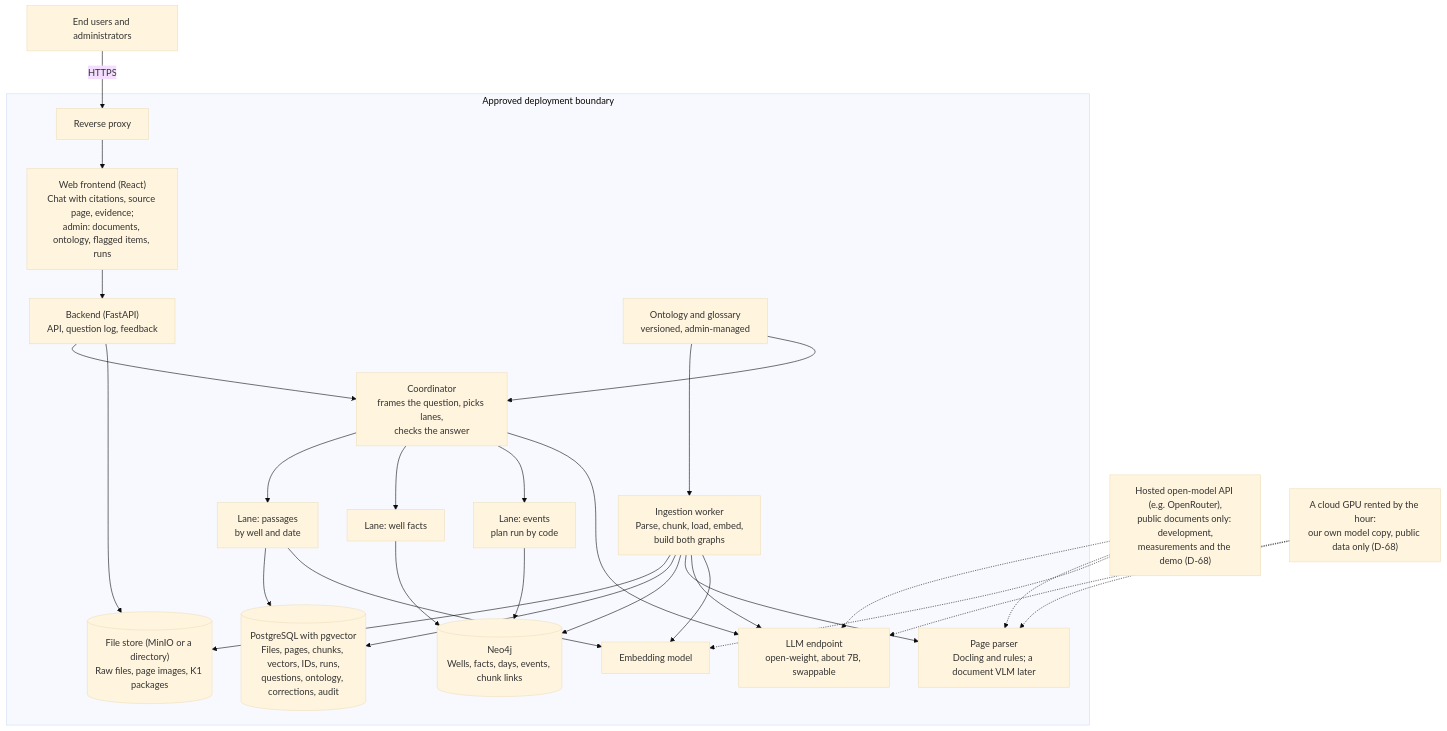
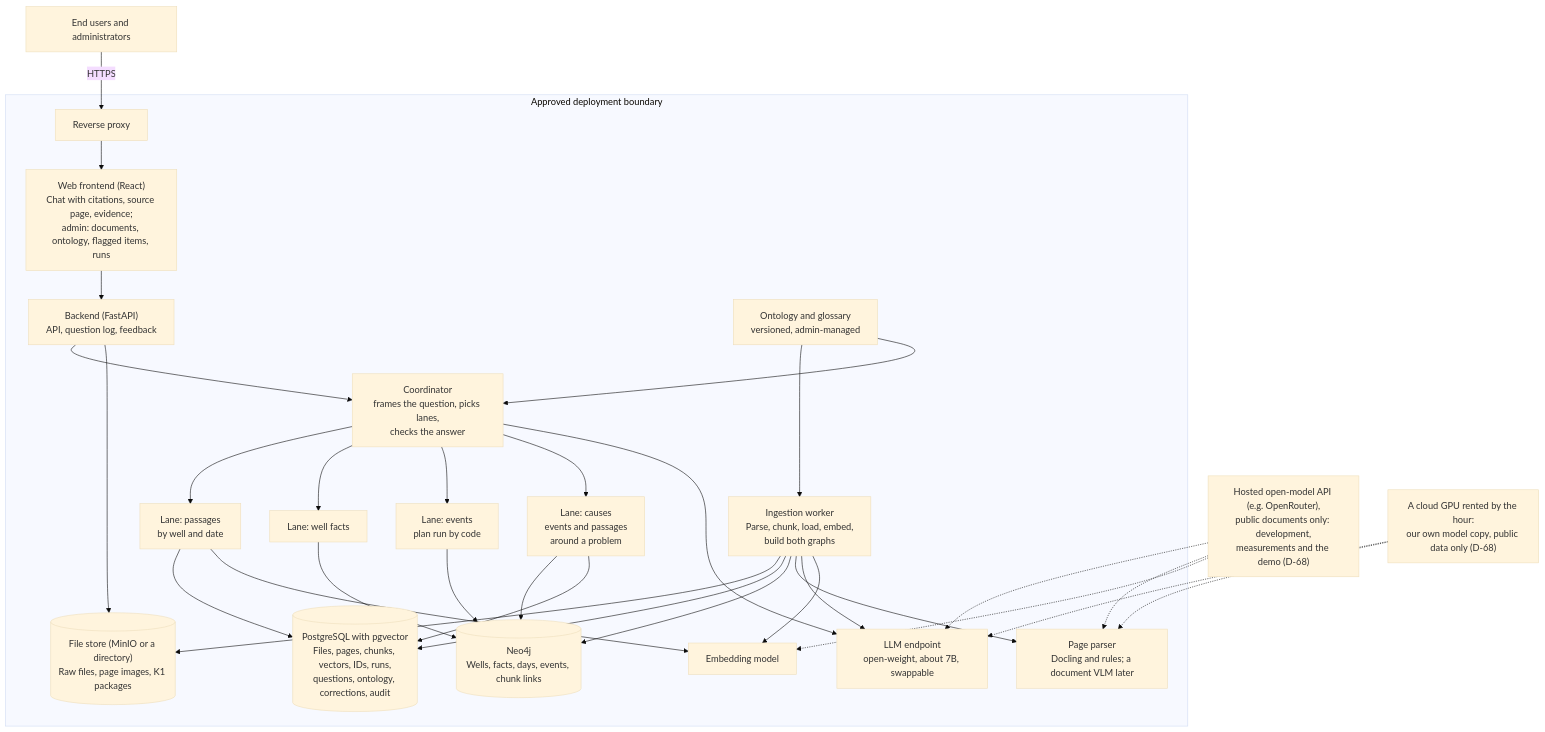
The second of 9 diagrams in docs/PROJECT_DESIGN.md (thaitri2005/Secure-O-G-LLM-and-Knowledge-Graph), drawn with Mermaid (base theme) before and after one commit. The commit also changed other lines of this file, not shown here.

Commit message:
Specification 3.7: second reading pass; out-of-date compute, lane and model-role text corrected; the fourth lane drawn in Figure 2

````diff
--- a/docs/PROJECT_DESIGN.md
+++ b/docs/PROJECT_DESIGN.md
@@ -360,25 +308,28 @@
 ```mermaid
 flowchart TB
     U["End users and administrators"] -->|HTTPS| G["Reverse proxy"]
     subgraph Z["Approved deployment boundary"]
         G --> UI["Web frontend (React)<br/>Chat with citations, source page, evidence;<br/>admin: documents, ontology, flagged items, runs"]
         UI --> API["Backend (FastAPI)<br/>API, question log, feedback"]
         API --> CO["Coordinator<br/>frames the question, picks lanes,<br/>checks the answer"]
         CO --> L1["Lane: passages<br/>by well and date"]
         CO --> L2["Lane: well facts"]
         CO --> L3["Lane: events<br/>plan run by code"]
+        CO --> L4["Lane: causes<br/>events and passages<br/>around a problem"]
         L1 --> PG[("PostgreSQL with pgvector<br/>Files, pages, chunks, vectors, IDs, runs,<br/>questions, ontology, corrections, audit")]
         L2 --> NG[("Neo4j<br/>Wells, facts, days, events, chunk links")]
         L3 --> NG
+        L4 --> NG
+        L4 --> PG
         API --> OBJ[("File store (MinIO or a directory)<br/>Raw files, page images, K1 packages")]
         W["Ingestion worker<br/>Parse, chunk, load, embed,<br/>build both graphs"] --> OBJ & PG & NG
         W --> VLM["Page parser<br/>Docling and rules; a document VLM later"]
         W --> LM["LLM endpoint<br/>open-weight, about 7B, swappable"]
         W --> EMB["Embedding model"]
         CO --> LM
         L1 --> EMB
         ONT["Ontology and glossary<br/>versioned, admin-managed"] --> W & CO
     end
     DEV["Hosted open-model API (e.g. OpenRouter),<br/>public documents only: development,<br/>measurements and the demo (D-68)"] -.-> LM & VLM & EMB
     GPU["A cloud GPU rented by the hour:<br/>our own model copy, public data only (D-68)"] -.-> LM & VLM
 ```
````
